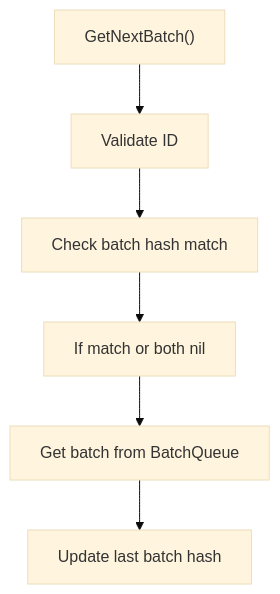
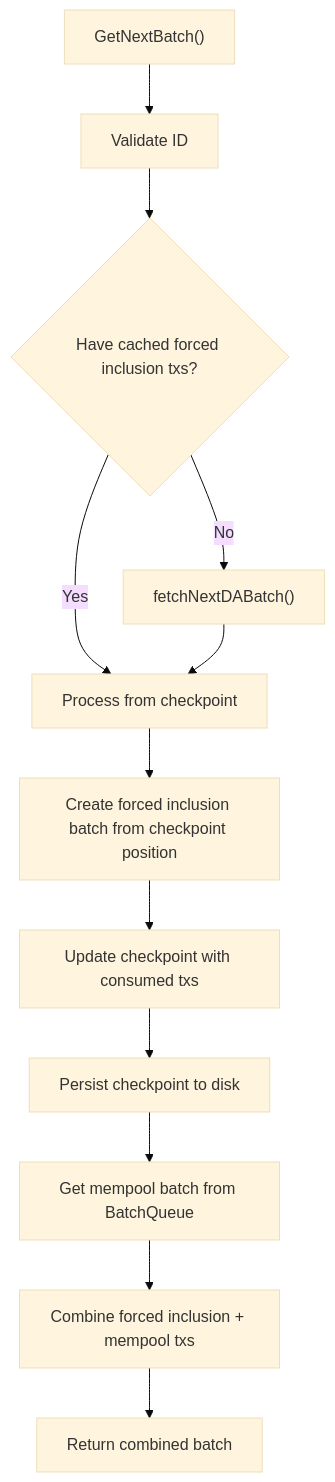
Before and after one commit to evstack/ev-node: the fifth of 6 diagrams in sequencers/single/README.md, drawn with Mermaid (base theme). The commit also changed other lines of this file and 9 other files, not shown here.

Commit message:
implement checkpoint for single sequencer

````diff
--- a/sequencers/single/README.md
+++ b/sequencers/single/README.md
@@ -86,8 +96,14 @@
 ```mermaid
 flowchart TD
     A["GetNextBatch()"] --> B["Validate ID"]
-    B --> C["Check batch hash match"]
-    C --> D["If match or both nil"]
-    D --> E["Get batch from BatchQueue"]
-    E --> F["Update last batch hash"]
+    B --> C{"Have cached forced inclusion txs?"}
+    C -->|No| D["fetchNextDABatch()"]
+    C -->|Yes| E["Process from checkpoint"]
+    D --> E
+    E --> F["Create forced inclusion batch from checkpoint position"]
+    F --> G["Update checkpoint with consumed txs"]
+    G --> H["Persist checkpoint to disk"]
+    H --> I["Get mempool batch from BatchQueue"]
+    I --> J["Combine forced inclusion + mempool txs"]
+    J --> K["Return combined batch"]
 ```
````
